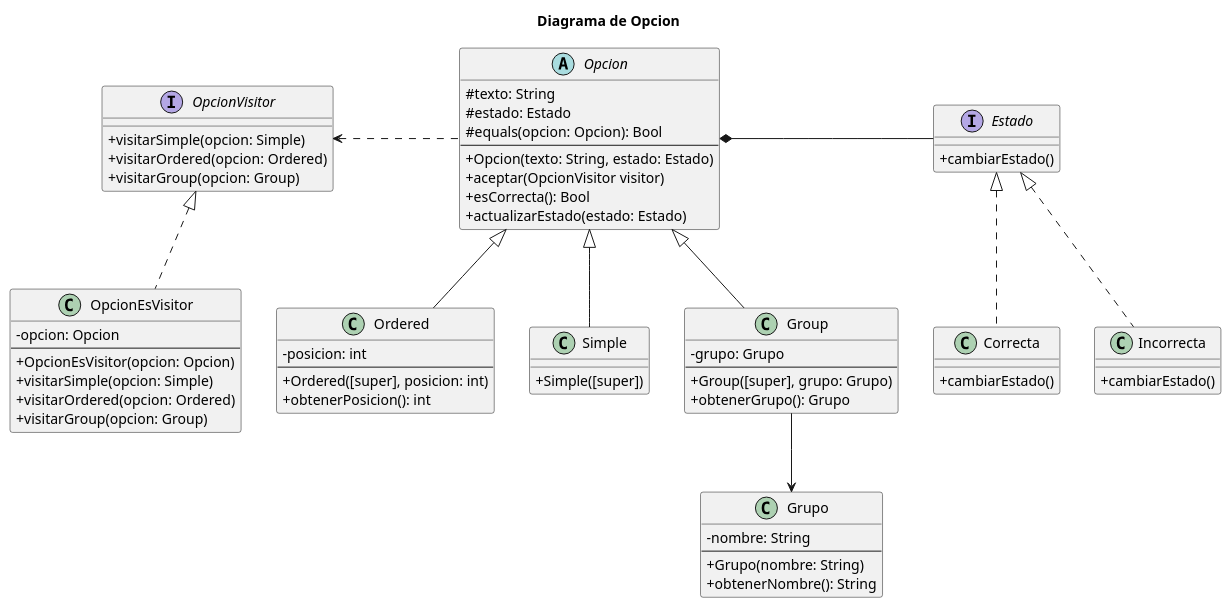
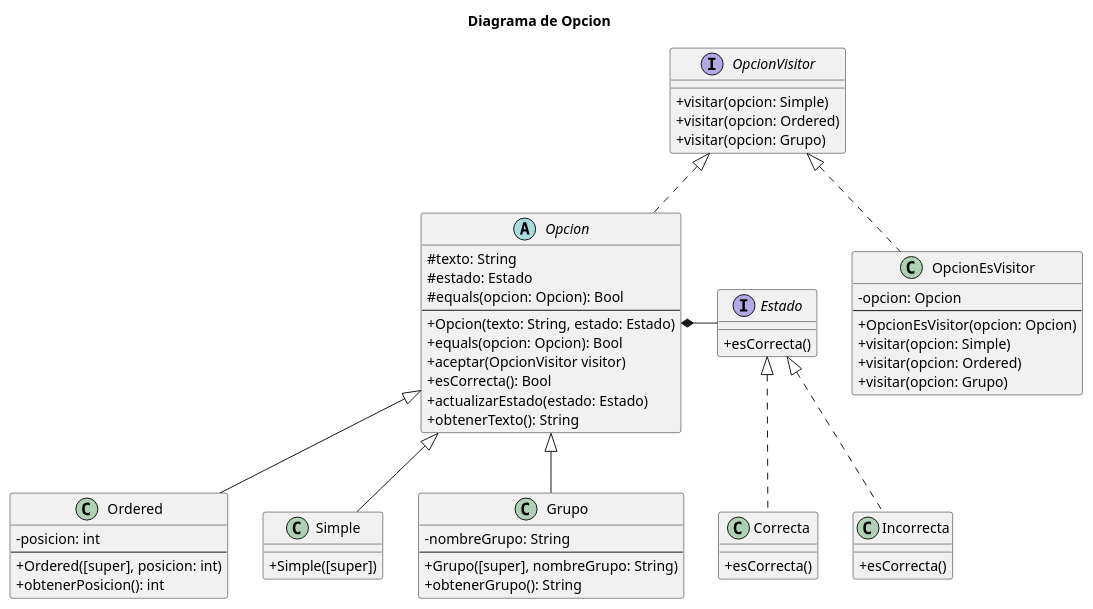
The diagram in diagrams/classes/diagrama_opcion.puml (laldonate96/Algo3-TP2), drawn with PlantUML before and after one commit. The commit also changed 22 other files, not shown here.

Commit message:
Agrego tests y diagramas

```diff
--- a/diagrams/classes/diagrama_opcion.puml
+++ b/diagrams/classes/diagrama_opcion.puml
@@ -1,72 +1,65 @@
 @startuml diagrama de clases
 skinparam classAttributeIconSize 0
 title Diagrama de Opcion
 
-abstract class Opcion {
+abstract class Opcion implements OpcionVisitor {
     #texto: String
     #estado: Estado
     #equals(opcion: Opcion): Bool
     ---
     +Opcion(texto: String, estado: Estado)
+    +equals(opcion: Opcion): Bool
     +aceptar(OpcionVisitor visitor)
     +esCorrecta(): Bool
     +actualizarEstado(estado: Estado)
+    +obtenerTexto(): String
 }
 
 class Ordered extends Opcion {
     -posicion: int
     ---
     +Ordered([super], posicion: int)
     +obtenerPosicion(): int
 }
 
 class Simple extends Opcion {
     +Simple([super])
 }
 
-class Group extends Opcion {
-    -grupo: Grupo
+class Grupo extends Opcion {
+    -nombreGrupo: String
     ---
-    +Group([super], grupo: Grupo)
-    +obtenerGrupo(): Grupo
+    +Grupo([super], nombreGrupo: String)
+    +obtenerGrupo(): String
 }
 
 interface Estado {
-    + cambiarEstado()
+    + esCorrecta()
 }
 
 class Correcta implements Estado {
-    + cambiarEstado()
+    + esCorrecta()
 }
 
 class Incorrecta implements Estado {
-    + cambiarEstado()
-}
-
-class Grupo {
-    -nombre: String
-    ---
-    +Grupo(nombre: String)
-    +obtenerNombre(): String
+    + esCorrecta()
 }
 
 interface OpcionVisitor {
-    + visitarSimple(opcion: Simple)
-    + visitarOrdered(opcion: Ordered)
-    + visitarGroup(opcion: Group)
+    + visitar(opcion: Simple)
+    + visitar(opcion: Ordered)
+    + visitar(opcion: Grupo)
 }
 
 class OpcionEsVisitor implements OpcionVisitor {
     -opcion: Opcion
     ---
     + OpcionEsVisitor(opcion: Opcion)
-    + visitarSimple(opcion: Simple)
-    + visitarOrdered(opcion: Ordered)
-    + visitarGroup(opcion: Group)
+    + visitar(opcion: Simple)
+    + visitar(opcion: Ordered)
+    + visitar(opcion: Grupo)
 }
 
 Opcion *- Estado
-Group -d-> Grupo
-Opcion .l.> OpcionVisitor
 
 @enduml
```
